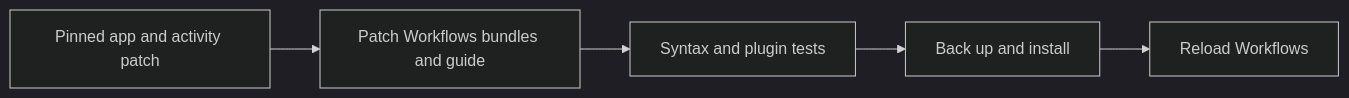
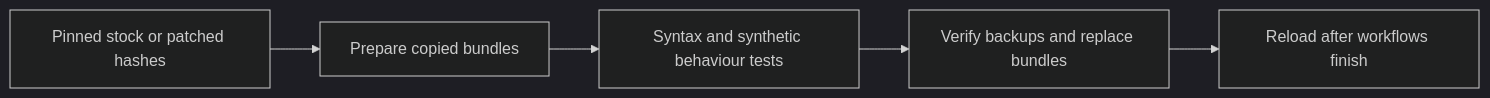
One commit to connorads/dotfiles changed the diagram in src/bb-plugins/workflows-patch/README.md. Above: the diagram before and after it, drawn with Mermaid (dark theme). The commit also changed other lines of this file and 3 other files, not shown here.

````diff
--- a/src/bb-plugins/workflows-patch/README.md
+++ b/src/bb-plugins/workflows-patch/README.md
@@ -12,7 +12,7 @@
 ```mermaid
 flowchart LR
-  Check[Pinned app and activity patch] --> Prepare[Patch Workflows bundles and guide]
-  Prepare --> Verify[Syntax and plugin tests]
-  Verify --> Apply[Back up and install]
-  Apply --> Reload[Reload Workflows]
+  Check[Pinned stock or patched hashes] --> Prepare[Prepare copied bundles]
+  Prepare --> Verify[Syntax and synthetic behaviour tests]
+  Verify --> Apply[Verify backups and replace bundles]
+  Apply --> Reload[Reload after workflows finish]
 ```
````
